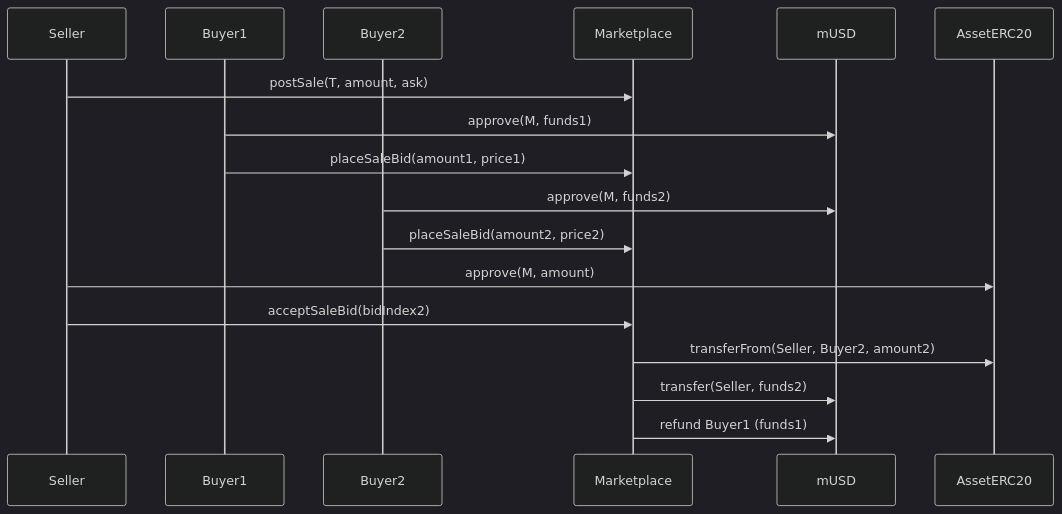
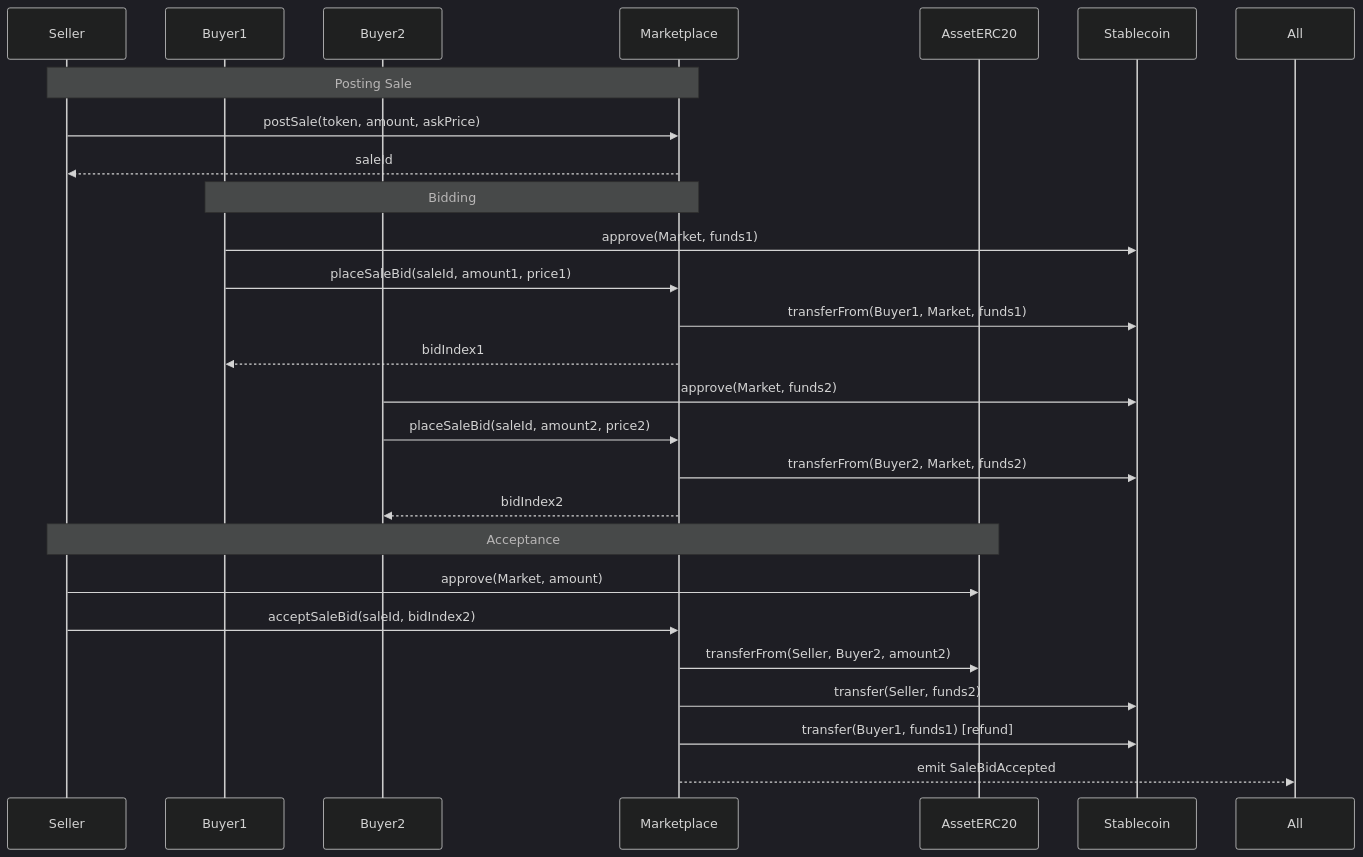
One commit to faas-tech/space-markets changed the first of 3 diagrams in docs/contract-specific/Marketplace.md. Above: the diagram before and after it, drawn with Mermaid (dark theme). The commit also changed other lines of this file and 14 other files, not shown here.

````diff
--- a/docs/contract-specific/Marketplace.md
+++ b/docs/contract-specific/Marketplace.md
@@ -48,20 +246,32 @@
 ```mermaid
 sequenceDiagram
-  participant Seller
-  participant Buyer1
-  participant Buyer2
-  participant M as Marketplace
-  participant S as mUSD
-  participant T as AssetERC20
+    participant Seller
+    participant Buyer1
+    participant Buyer2
+    participant Market as Marketplace
+    participant Token as AssetERC20
+    participant Stable as Stablecoin
 
-  Seller->>M: postSale(T, amount, ask)
-  Buyer1->>S: approve(M, funds1)
-  Buyer1->>M: placeSaleBid(amount1, price1)
-  Buyer2->>S: approve(M, funds2)
-  Buyer2->>M: placeSaleBid(amount2, price2)
-  Seller->>T: approve(M, amount)
-  Seller->>M: acceptSaleBid(bidIndex2)
-  M->>T: transferFrom(Seller, Buyer2, amount2)
-  M->>S: transfer(Seller, funds2)
-  M->>S: refund Buyer1 (funds1)
+    Note over Seller, Market: Posting Sale
+    Seller->>Market: postSale(token, amount, askPrice)
+    Market-->>Seller: saleId
+
+    Note over Buyer1, Market: Bidding
+    Buyer1->>Stable: approve(Market, funds1)
+    Buyer1->>Market: placeSaleBid(saleId, amount1, price1)
+    Market->>Stable: transferFrom(Buyer1, Market, funds1)
+    Market-->>Buyer1: bidIndex1
+
+    Buyer2->>Stable: approve(Market, funds2)
+    Buyer2->>Market: placeSaleBid(saleId, amount2, price2)
+    Market->>Stable: transferFrom(Buyer2, Market, funds2)
+    Market-->>Buyer2: bidIndex2
+
+    Note over Seller, Token: Acceptance
+    Seller->>Token: approve(Market, amount)
+    Seller->>Market: acceptSaleBid(saleId, bidIndex2)
+    Market->>Token: transferFrom(Seller, Buyer2, amount2)
+    Market->>Stable: transfer(Seller, funds2)
+    Market->>Stable: transfer(Buyer1, funds1) [refund]
+    Market-->>All: emit SaleBidAccepted
 ```
````
